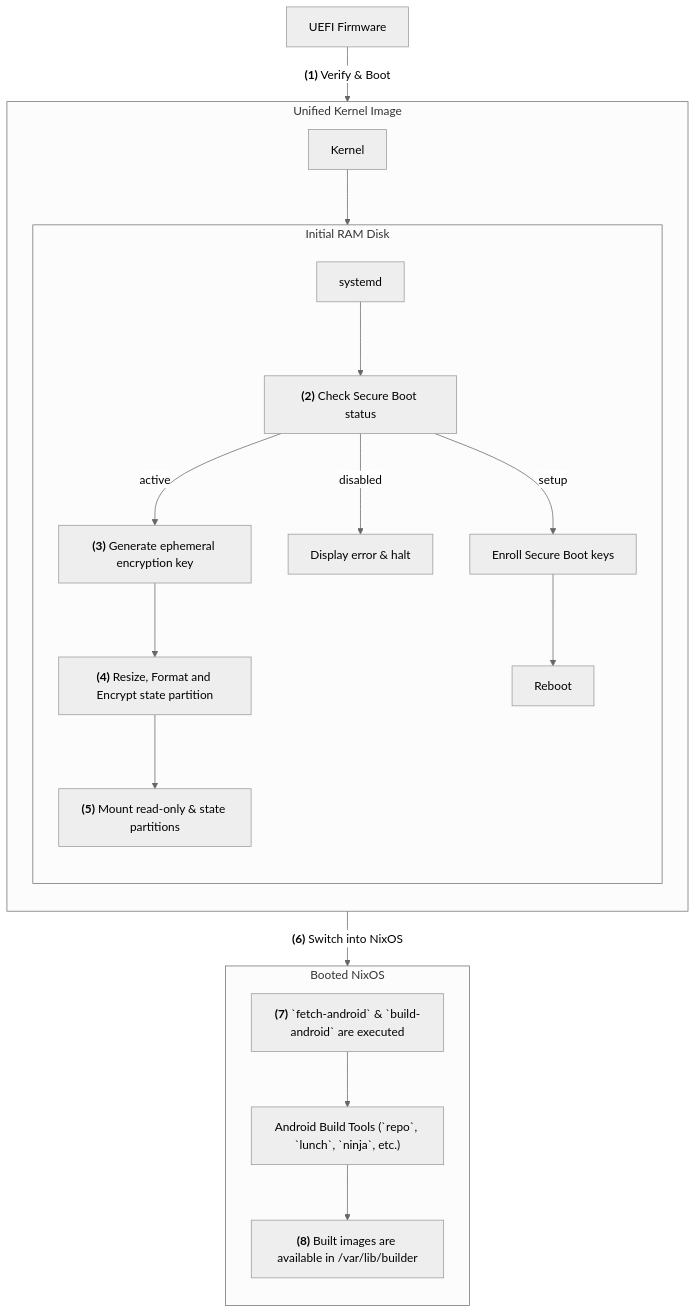
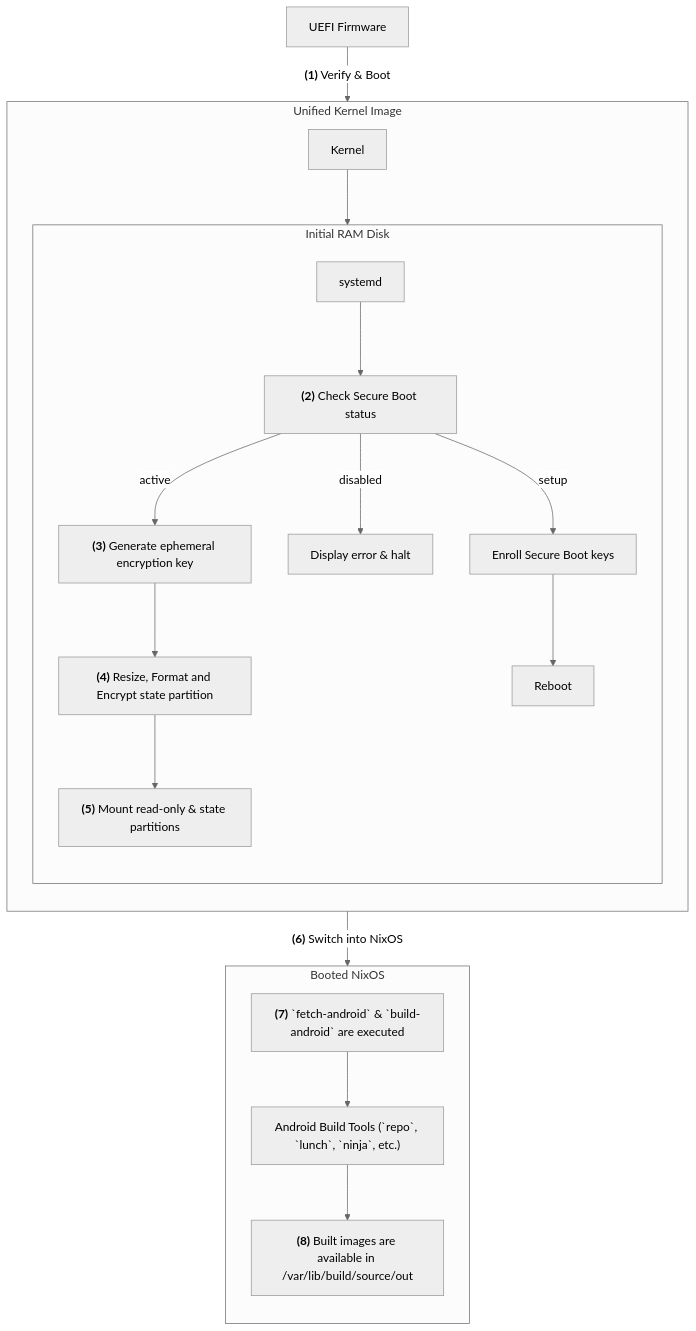
One commit to phaer/nixos-android-builder changed the second of 2 diagrams in docs/docs.md. Above: the diagram before and after it, drawn with Mermaid. The commit also changed other lines of this file and 4 other files, not shown here.

```diff
--- a/docs/docs.md
+++ b/docs/docs.md
@@ -218,44 +218,44 @@
 ~~~mermaid
 ---
 config:
   theme: neutral
 ---
 flowchart TB
     uefi["UEFI Firmware"]
     kernel["Kernel"]
     systemd-initrd["systemd"]
 
     check-secureboot["<b>(2)</b> Check Secure Boot status"]
     enroll-secureboot["Enroll Secure Boot keys"]
     reboot["Reboot"]
     halt["Display error & halt"]
 
     generate-disk-key["<b>(3)</b> Generate ephemeral encryption key"]
     systemd-repart["<b>(4)</b> Resize, Format and Encrypt state partition"]
     mount["<b>(5)</b> Mount read-only & state partitions"]
     build-android["<b>(7)</b> `fetch-android` & `build-android` are executed"]
     android-tools["Android Build Tools (`repo`, `lunch`, `ninja`, etc.)"]
-    artifacts["<b>(8)</b> Built images are available in /var/lib/builder"]
+    artifacts["<b>(8)</b> Built images are available in /var/lib/build/source/out"]
 
     uefi -- <b>(1)</b> Verify & Boot --> uki
     subgraph uki["Unified Kernel Image"]
       direction TB
       kernel --> initrd
       subgraph initrd["Initial RAM Disk"]
         direction TB
         systemd-initrd --> check-secureboot
         check-secureboot -- setup --> enroll-secureboot
         check-secureboot -- disabled --> halt
         check-secureboot -- active --> generate-disk-key
         generate-disk-key --> systemd-repart
         systemd-repart --> mount
         enroll-secureboot --> reboot
       end
     end
     uki -- <b>(6)</b> Switch into NixOS --> nixos
     subgraph nixos["Booted NixOS"]
       direction TB
       build-android --> android-tools
       android-tools --> artifacts
     end
 ~~~
```
